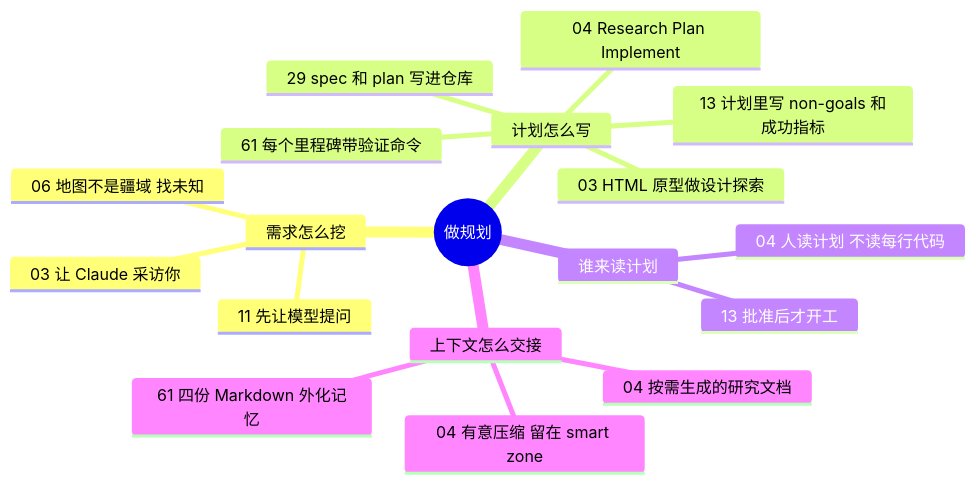
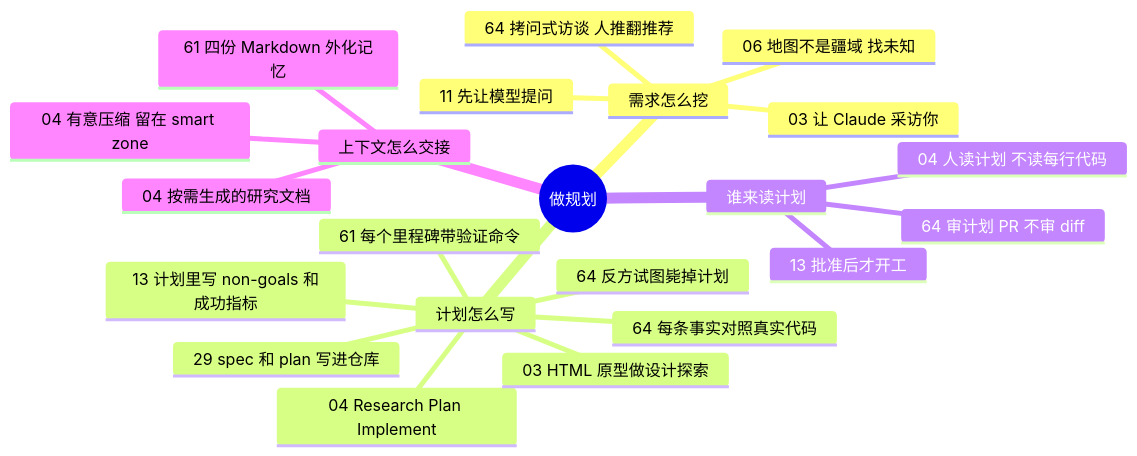
One commit to yzw7489757/ai-coding-videos changed the diagram in docs/guide/planning.md. Above: the diagram before and after it, drawn with Mermaid. The commit also changed other lines of this file and 17 other files, not shown here.

````diff
--- a/docs/guide/planning.md
+++ b/docs/guide/planning.md
@@ -13,21 +13,25 @@
 ```mermaid
 mindmap
   root((做规划))
     需求怎么挖
       03 让 Claude 采访你
       06 地图不是疆域 找未知
       11 先让模型提问
+      64 拷问式访谈 人推翻推荐
     计划怎么写
       04 Research Plan Implement
       13 计划里写 non-goals 和成功指标
       03 HTML 原型做设计探索
       29 spec 和 plan 写进仓库
       61 每个里程碑带验证命令
+      64 每条事实对照真实代码
+      64 反方试图毙掉计划
     谁来读计划
       04 人读计划 不读每行代码
       13 批准后才开工
+      64 审计划 PR 不审 diff
     上下文怎么交接
       04 有意压缩 留在 smart zone
       04 按需生成的研究文档
       61 四份 Markdown 外化记忆
 ```
````
